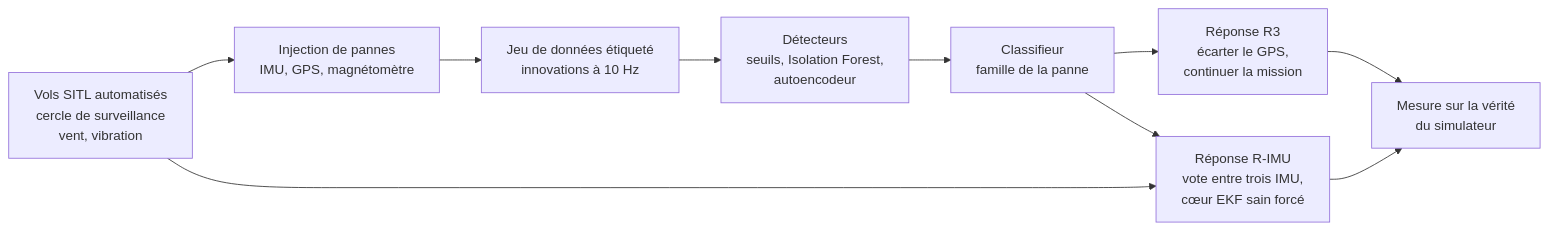
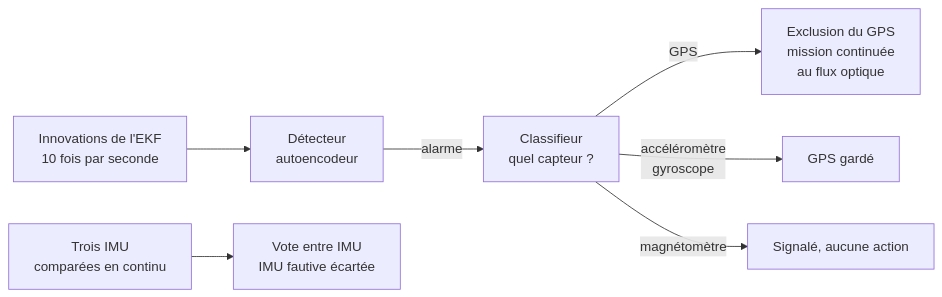
The diagram in README.md (AntCro29/uav-imu-fault-detection), drawn with Mermaid before and after one commit. The commit also changed other lines of this file and 6 other files, not shown here.

````diff
--- a/README.md
+++ b/README.md
@@ -31,12 +41,9 @@
 ```mermaid
 flowchart LR
-    A[Vols SITL automatisés<br/>cercle de surveillance<br/>vent, vibration] --> B[Injection de pannes<br/>IMU, GPS, magnétomètre]
-    B --> C[Jeu de données étiqueté<br/>innovations à 10 Hz]
-    C --> D[Détecteurs<br/>seuils, Isolation Forest,<br/>autoencodeur]
-    D --> G[Classifieur<br/>famille de la panne]
-    G --> E[Réponse R3<br/>écarter le GPS,<br/>continuer la mission]
-    A --> H[Réponse R-IMU<br/>vote entre trois IMU,<br/>cœur EKF sain forcé]
-    G --> H
-    E --> F[Mesure sur la vérité<br/>du simulateur]
-    H --> F
+    A[Innovations de l'EKF<br/>10 fois par seconde] --> B[Détecteur<br/>autoencodeur]
+    B -- alarme --> C[Classifieur<br/>quel capteur ?]
+    C -- GPS --> D[Exclusion du GPS<br/>mission continuée<br/>au flux optique]
+    C -- accéléromètre<br/>gyroscope --> E[GPS gardé]
+    C -- magnétomètre --> F[Signalé, aucune action]
+    G[Trois IMU<br/>comparées en continu] --> H[Vote entre IMU<br/>IMU fautive écartée]
 ```
````
